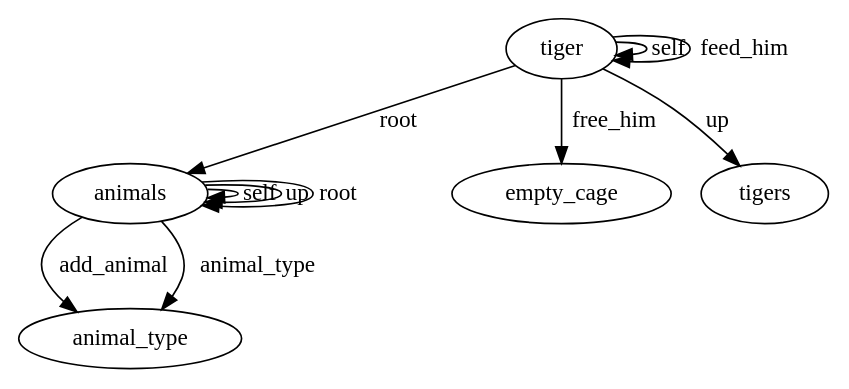
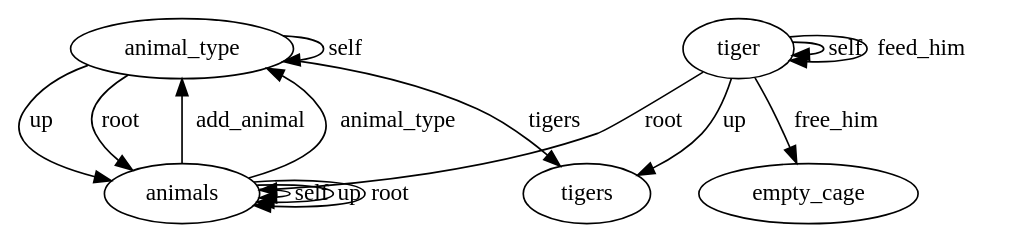
One commit to mooreniemi/pica changed the diagram in examples/zoo/zoo.dot. Above: the diagram before and after it, drawn with Graphviz. The commit also changed 3 other files, not shown here.

```diff
--- a/examples/zoo/zoo.dot
+++ b/examples/zoo/zoo.dot
@@ -1,23 +1,31 @@
 digraph {
 	
+	  animal_type -> animal_type [label="self"];
+  
+	  animal_type -> tigers [label="tigers"];
+  
+	  animal_type -> animals [label="up"];
+  
+	  animal_type -> animals [label="root"];
+  
 	  animals -> animals [label="self"];
   
 	  animals -> animal_type [label="add_animal"];
   
 	  animals -> animal_type [label="animal_type"];
   
 	  animals -> animals [label="up"];
   
 	  animals -> animals [label="root"];
   
 	  tiger -> tiger [label="self"];
   
 	  tiger -> empty_cage [label="free_him"];
   
 	  tiger -> tiger [label="feed_him"];
   
 	  tiger -> tigers [label="up"];
   
 	  tiger -> animals [label="root"];
   
 }
```
